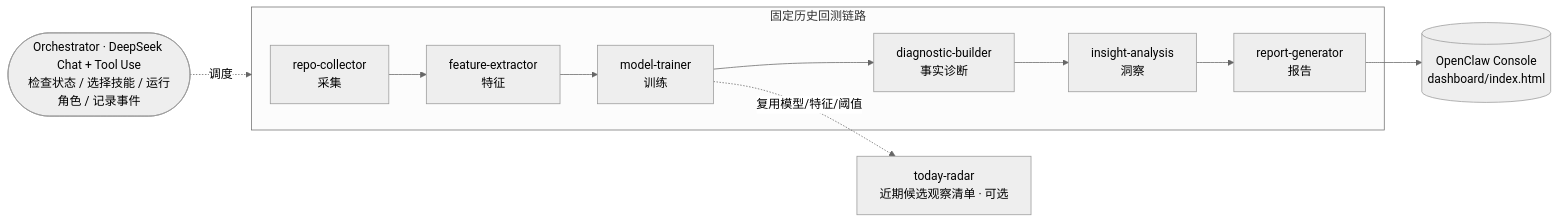
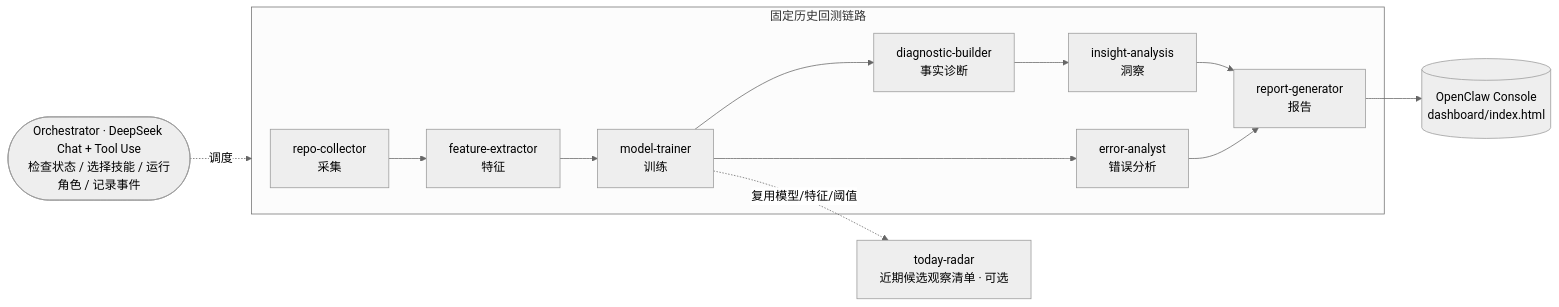
Before and after one commit to WenjunLi2004/DataMining---OpenClaw: the diagram in README.md, drawn with Mermaid (neutral theme). The commit also changed other lines of this file and 26 other files, not shown here.

Commit message:
Finalize presentation and error analysis

````diff
--- a/README.md
+++ b/README.md
@@ -70,9 +70,13 @@
 ```mermaid
 flowchart LR
     subgraph PIPE [固定历史回测链路]
-      A1[repo-collector<br/>采集] --> A2[feature-extractor<br/>特征] --> A3[model-trainer<br/>训练] --> A4[diagnostic-builder<br/>事实诊断] --> A5[insight-analysis<br/>洞察] --> A6[report-generator<br/>报告]
+      A1[repo-collector<br/>采集] --> A2[feature-extractor<br/>特征] --> A3[model-trainer<br/>训练] --> A4[diagnostic-builder<br/>事实诊断]
+      A4 --> A5[insight-analysis<br/>洞察]
+      A3 --> A6[error-analyst<br/>错误分析]
+      A5 --> A7[report-generator<br/>报告]
+      A6 --> A7
     end
     O([Orchestrator · DeepSeek Chat + Tool Use<br/>检查状态 / 选择技能 / 运行角色 / 记录事件]) -.调度.-> PIPE
     A3 -. 复用模型/特征/阈值 .-> TR[today-radar<br/>近期候选观察清单 · 可选]
-    A6 --> CON[(OpenClaw Console<br/>dashboard/index.html)]
+    A7 --> CON[(OpenClaw Console<br/>dashboard/index.html)]
 ```
````
